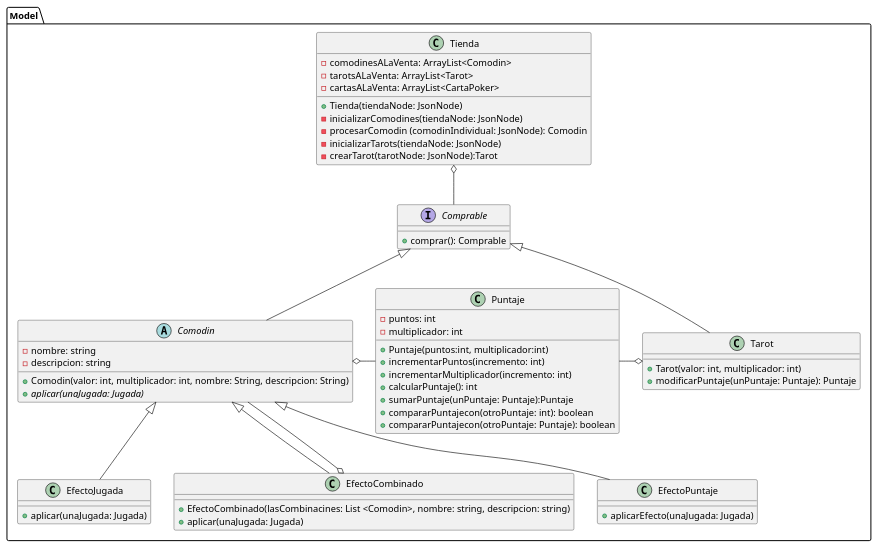
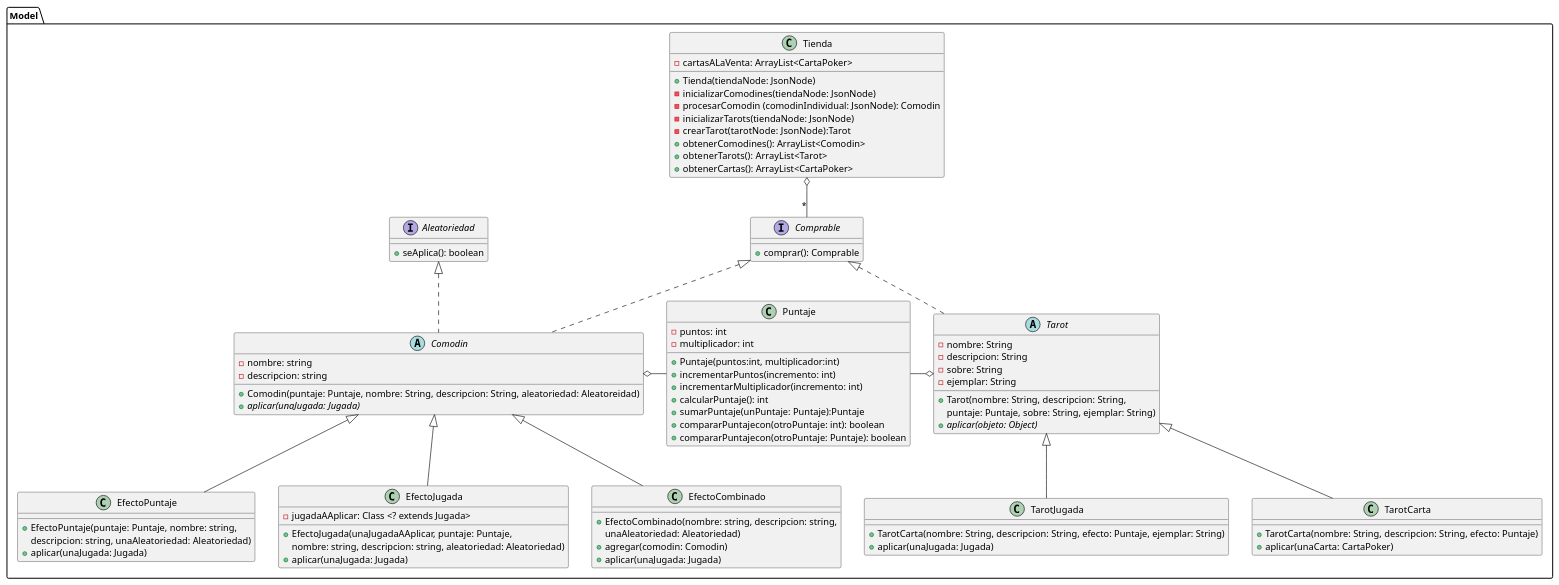
One commit to carruizdiaz1109/UBAlatro changed the diagram in diagrams/classes/clasesBalatro3.puml. Above: the diagram before and after it, drawn with PlantUML. The commit also changed 1 other file, not shown here.

Commit message:
actualizo imagen diagrama de clase 3

```diff
--- a/diagrams/classes/clasesBalatro3.puml
+++ b/diagrams/classes/clasesBalatro3.puml
@@ -1,70 +1,105 @@
 @startuml
 
 package Model {
 
 class Tienda {
-    - comodinesALaVenta: ArrayList<Comodin>
-    - tarotsALaVenta: ArrayList<Tarot>
     - cartasALaVenta: ArrayList<CartaPoker>
+
     + Tienda(tiendaNode: JsonNode)
     - inicializarComodines(tiendaNode: JsonNode)
     - procesarComodin (comodinIndividual: JsonNode): Comodin
     - inicializarTarots(tiendaNode: JsonNode)
     - crearTarot(tarotNode: JsonNode):Tarot
+    + obtenerComodines(): ArrayList<Comodin>
+    + obtenerTarots(): ArrayList<Tarot>
+    + obtenerCartas(): ArrayList<CartaPoker>
+
 }
 
 interface Comprable {
     + comprar(): Comprable
 }
 
+interface Aleatoriedad {
+   + seAplica(): boolean
+}
+
 abstract class Comodin {
     - nombre: string
     - descripcion: string
 
-    + Comodin(valor: int, multiplicador: int, nombre: String, descripcion: String)
+    + Comodin(puntaje: Puntaje, nombre: String, descripcion: String, aleatoriedad: Aleatoreidad)
     + {abstract}aplicar(unaJugada: Jugada)
 }
 
 class EfectoJugada {
+    - jugadaAAplicar: Class <? extends Jugada>
+    + EfectoJugada(unaJugadaAAplicar, puntaje: Puntaje,
+    nombre: string, descripcion: string, aleatoriedad: Aleatoriedad)
     + aplicar(unaJugada: Jugada)
 }
 
 class EfectoCombinado{
-    + EfectoCombinado(lasCombinacines: List <Comodin>, nombre: string, descripcion: string)
+    + EfectoCombinado(nombre: string, descripcion: string,
+    unaAleatoriedad: Aleatoriedad)
+    + agregar(comodin: Comodin)
+    + aplicar(unaJugada: Jugada)
+
+}
+class EfectoPuntaje{
+    + EfectoPuntaje(puntaje: Puntaje, nombre: string,
+    descripcion: string, unaAleatoriedad: Aleatoriedad)
     + aplicar(unaJugada: Jugada)
 }
-class EfectoPuntaje{
-    + aplicarEfecto(unaJugada: Jugada)
+
+abstract class Tarot {
+    - nombre: String
+    - descripcion: String
+    - sobre: String
+    - ejemplar: String
+
+    + Tarot(nombre: String, descripcion: String,
+    puntaje: Puntaje, sobre: String, ejemplar: String)
+    + {abstract}aplicar(objeto: Object)
 }
 
-class Tarot {
+class TarotCarta {
+    + TarotCarta(nombre: String, descripcion: String, efecto: Puntaje)
+    + aplicar(unaCarta: CartaPoker)
+}
 
-    + Tarot(valor: int, multiplicador: int)
-    + modificarPuntaje(unPuntaje: Puntaje): Puntaje
+class TarotJugada {
+    + TarotCarta(nombre: String, descripcion: String, efecto: Puntaje, ejemplar: String)
+    + aplicar(unaJugada: Jugada)
 }
+
 
 class Puntaje {
     - puntos: int
     - multiplicador: int
 
     + Puntaje(puntos:int, multiplicador:int)
     + incrementarPuntos(incremento: int)
     + incrementarMultiplicador(incremento: int)
     + calcularPuntaje(): int
     + sumarPuntaje(unPuntaje: Puntaje):Puntaje
     + compararPuntajecon(otroPuntaje: int): boolean
     + compararPuntajecon(otroPuntaje: Puntaje): boolean
 }
 
 
-Tienda o-- Comprable
-Comodin -up-|> Comprable
-Tarot -up-|> Comprable
+Tienda o-- "*" Comprable
+Comodin .up.|> Comprable
+Comodin .up.|> Aleatoriedad
+Tarot .up.|> Comprable
+
+
 EfectoPuntaje -up-|> Comodin
 EfectoJugada -up-|> Comodin
 EfectoCombinado -up-|> Comodin
-EfectoCombinado o-- Comodin
 Comodin o-right-- Puntaje
 Tarot o-left-- Puntaje
+TarotCarta -up-|> Tarot
+TarotJugada -up-|> Tarot
 }
 @enduml
```
